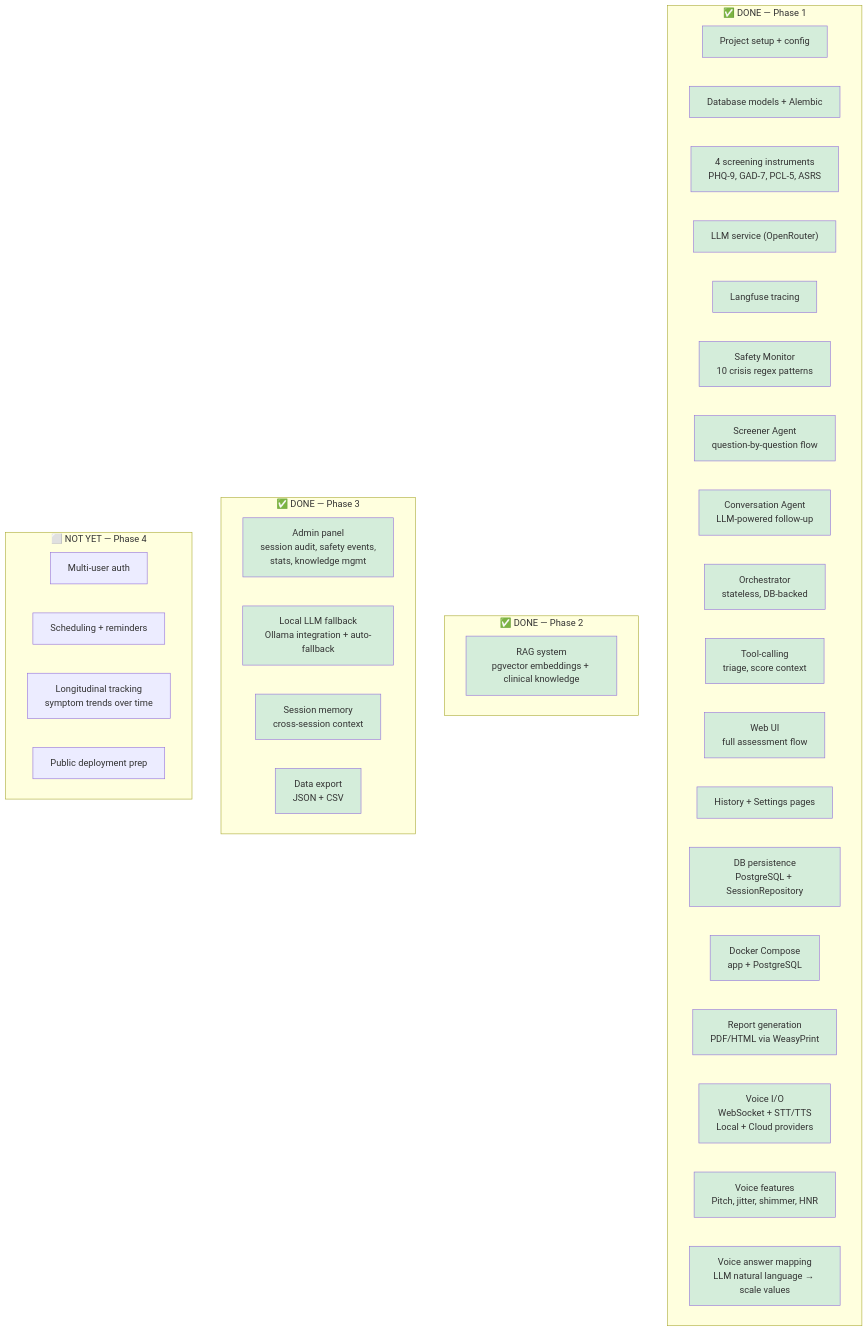
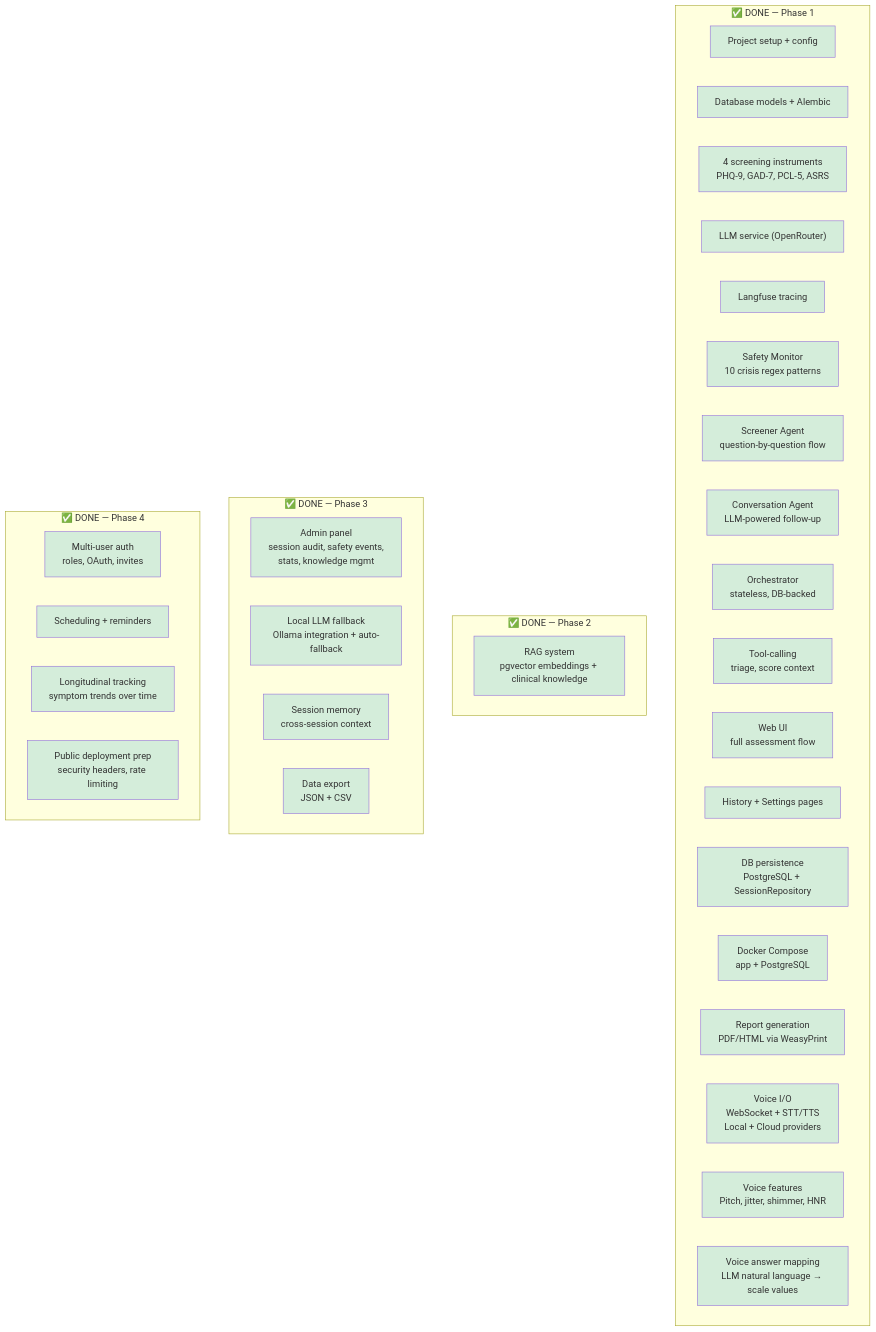
Before and after one commit to bodharma/talker: the sixth of 11 diagrams in docs/architecture.md, drawn with Mermaid. The commit also changed other lines of this file and 5 other files, not shown here.

Commit message:
chore: clean up for public release, update architecture docs

````diff
--- a/docs/architecture.md
+++ b/docs/architecture.md
@@ -278,65 +278,69 @@
 ```mermaid
 graph TB
     subgraph "✅ DONE — Phase 1"
         P1_1["Project setup + config"]
         P1_2["Database models + Alembic"]
         P1_3["4 screening instruments<br/>PHQ-9, GAD-7, PCL-5, ASRS"]
         P1_4["LLM service (OpenRouter)"]
         P1_5["Langfuse tracing"]
         P1_6["Safety Monitor<br/>10 crisis regex patterns"]
         P1_7["Screener Agent<br/>question-by-question flow"]
         P1_8["Conversation Agent<br/>LLM-powered follow-up"]
         P1_9["Orchestrator<br/>stateless, DB-backed"]
         P1_10["Tool-calling<br/>triage, score context"]
         P1_11["Web UI<br/>full assessment flow"]
         P1_12["History + Settings pages"]
         P1_13["DB persistence<br/>PostgreSQL + SessionRepository"]
         P1_14["Docker Compose<br/>app + PostgreSQL"]
         P1_15["Report generation<br/>PDF/HTML via WeasyPrint"]
         P1_16["Voice I/O<br/>WebSocket + STT/TTS<br/>Local + Cloud providers"]
         P1_17["Voice features<br/>Pitch, jitter, shimmer, HNR"]
         P1_18["Voice answer mapping<br/>LLM natural language → scale values"]
     end
 
     subgraph "✅ DONE — Phase 2"
         P2_2["RAG system<br/>pgvector embeddings + clinical knowledge"]
     end
 
     subgraph "✅ DONE — Phase 3"
         P3_1["Admin panel<br/>session audit, safety events,<br/>stats, knowledge mgmt"]
         P3_2["Local LLM fallback<br/>Ollama integration + auto-fallback"]
         P3_3["Session memory<br/>cross-session context"]
         P3_4["Data export<br/>JSON + CSV"]
     end
 
-    subgraph "⬜ NOT YET — Phase 4"
-        P4_1["Multi-user auth"]
+    subgraph "✅ DONE — Phase 4"
+        P4_1["Multi-user auth<br/>roles, OAuth, invites"]
         P4_2["Scheduling + reminders"]
         P4_3["Longitudinal tracking<br/>symptom trends over time"]
-        P4_4["Public deployment prep"]
+        P4_4["Public deployment prep<br/>security headers, rate limiting"]
     end
 
     style P1_1 fill:#d4edda
     style P1_2 fill:#d4edda
     style P1_3 fill:#d4edda
     style P1_4 fill:#d4edda
     style P1_5 fill:#d4edda
     style P1_6 fill:#d4edda
     style P1_7 fill:#d4edda
     style P1_8 fill:#d4edda
     style P1_9 fill:#d4edda
     style P1_10 fill:#d4edda
     style P1_11 fill:#d4edda
     style P1_12 fill:#d4edda
     style P1_13 fill:#d4edda
     style P1_14 fill:#d4edda
     style P1_15 fill:#d4edda
     style P1_16 fill:#d4edda
     style P1_17 fill:#d4edda
     style P1_18 fill:#d4edda
     style P2_2 fill:#d4edda
     style P3_1 fill:#d4edda
     style P3_2 fill:#d4edda
     style P3_3 fill:#d4edda
     style P3_4 fill:#d4edda
+    style P4_1 fill:#d4edda
+    style P4_2 fill:#d4edda
+    style P4_3 fill:#d4edda
+    style P4_4 fill:#d4edda
 ```
````
